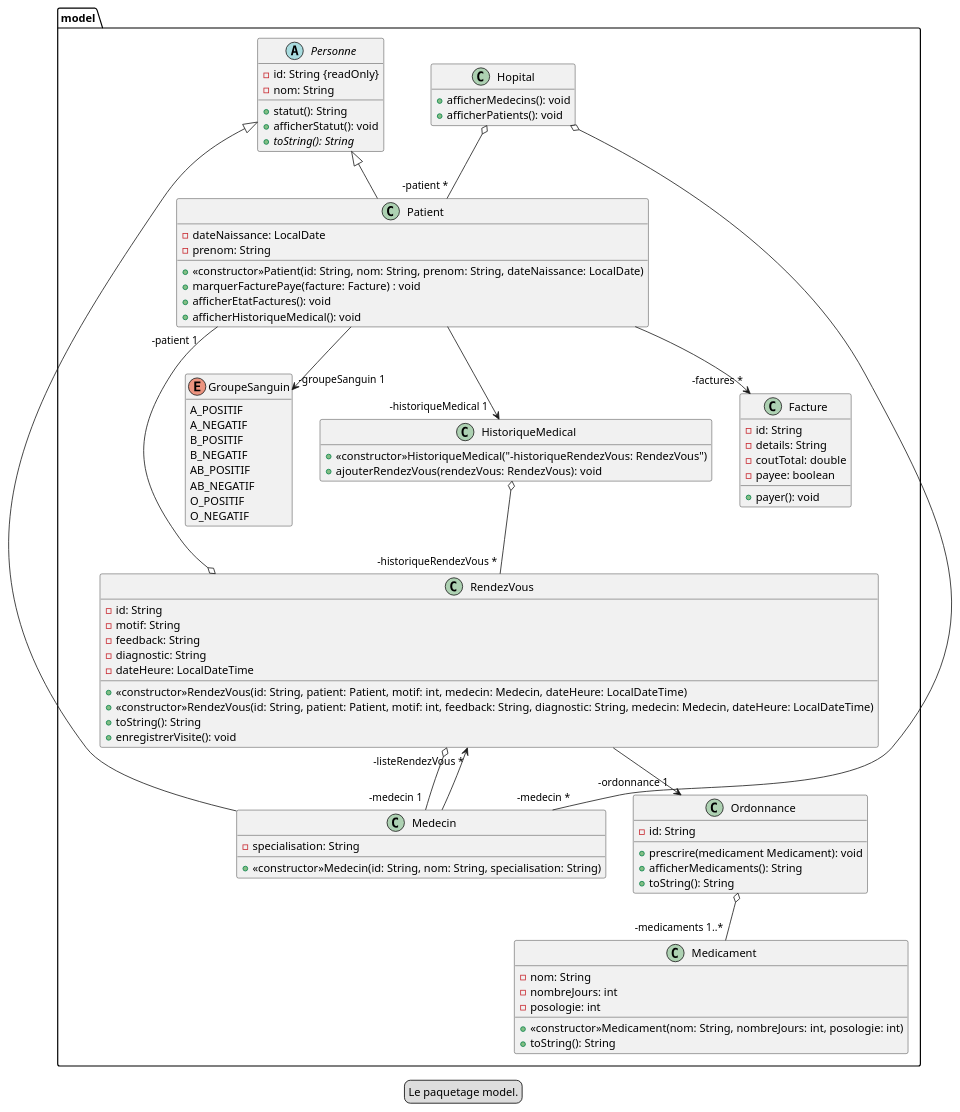
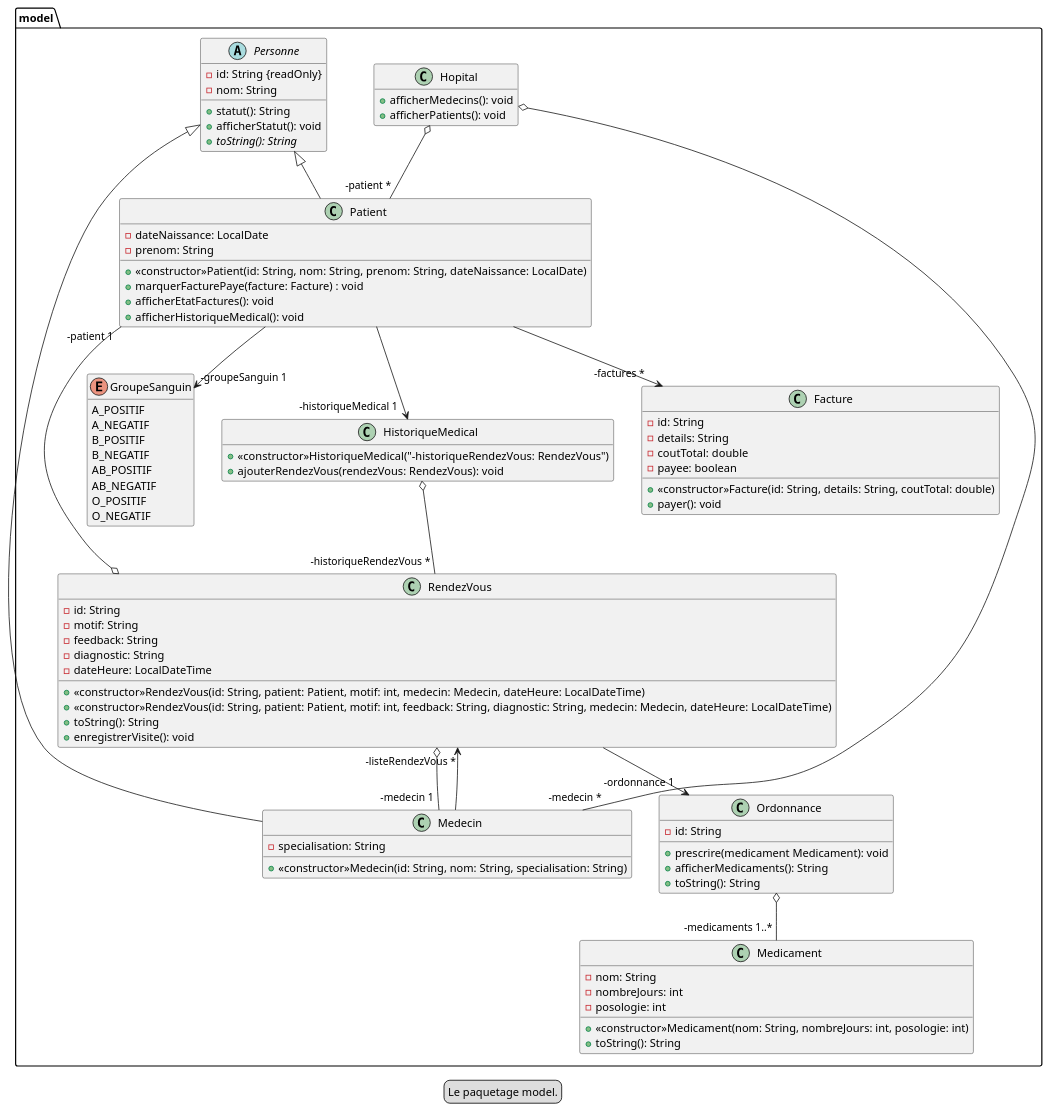
One commit to carlkolodziejski/hopital changed the diagram in plantuml/diagrammeModele.puml. Above: the diagram before and after it, drawn with PlantUML.

Commit message:
Ajout du constructeur de la classe Facture

```diff
--- a/plantuml/diagrammeModele.puml
+++ b/plantuml/diagrammeModele.puml
@@ -1,113 +1,114 @@
 @startuml
 
 legend Le paquetage model.
 
 hide empty members
 
 package model {
 
     abstract class Personne {
         -id: String {readOnly}
         -nom: String
 
         +statut(): String
         +afficherStatut(): void
         +{abstract}toString(): String
     }
 
     class Patient extends Personne {
         -dateNaissance: LocalDate
         -prenom: String
 
         +<<constructor>>Patient(id: String, nom: String, prenom: String, dateNaissance: LocalDate)
         +marquerFacturePaye(facture: Facture) : void
         +afficherEtatFactures(): void
         +afficherHistoriqueMedical(): void
     }
 
 
     class Medecin extends Personne {
         -specialisation: String
 
         +<<constructor>>Medecin(id: String, nom: String, specialisation: String)
     }
 
     class RendezVous {
         -id: String
         -motif: String
         -feedback: String
         -diagnostic: String
         -dateHeure: LocalDateTime
 
         +<<constructor>>RendezVous(id: String, patient: Patient, motif: int, medecin: Medecin, dateHeure: LocalDateTime)
         +<<constructor>>RendezVous(id: String, patient: Patient, motif: int, feedback: String, diagnostic: String, medecin: Medecin, dateHeure: LocalDateTime)
         +toString(): String
         +enregistrerVisite(): void
     }
 
     class Ordonnance {
         -id: String
 
         +prescrire(medicament Medicament): void
         +afficherMedicaments(): String
         +toString(): String
     }
 
     class Medicament {
         -nom: String
         -nombreJours: int
         -posologie: int
 
         +<<constructor>>Medicament(nom: String, nombreJours: int, posologie: int)
         +toString(): String
     }
 
     class Facture {
         -id: String
         -details: String
         -coutTotal: double
         -payee: boolean
 
+        +<<constructor>>Facture(id: String, details: String, coutTotal: double)
         +payer(): void
     }
 
     class Hopital {
         +afficherMedecins(): void
         +afficherPatients(): void
     }
 
     class HistoriqueMedical {
         +<<constructor>>HistoriqueMedical("-historiqueRendezVous: RendezVous")
         +ajouterRendezVous(rendezVous: RendezVous): void
     }
 
     enum GroupeSanguin {
         A_POSITIF
         A_NEGATIF
         B_POSITIF
         B_NEGATIF
         AB_POSITIF
         AB_NEGATIF
         O_POSITIF
         O_NEGATIF
     }
 
     Patient --> "-factures *" Facture
     Patient --> "-groupeSanguin 1" GroupeSanguin
     Patient --> "-historiqueMedical 1" HistoriqueMedical
 
     Medecin --> "-listeRendezVous *" RendezVous
 
     RendezVous o-- "-medecin 1" Medecin
     RendezVous o-- "-patient 1" Patient
     RendezVous --> "-ordonnance 1" Ordonnance
 
     Ordonnance o-- "-medicaments 1..*" Medicament
 
     Hopital o-- "-medecin *" Medecin
     Hopital o-- "-patient *" Patient
 
     HistoriqueMedical o-- "-historiqueRendezVous *" RendezVous
 }
 
 @enduml
```
